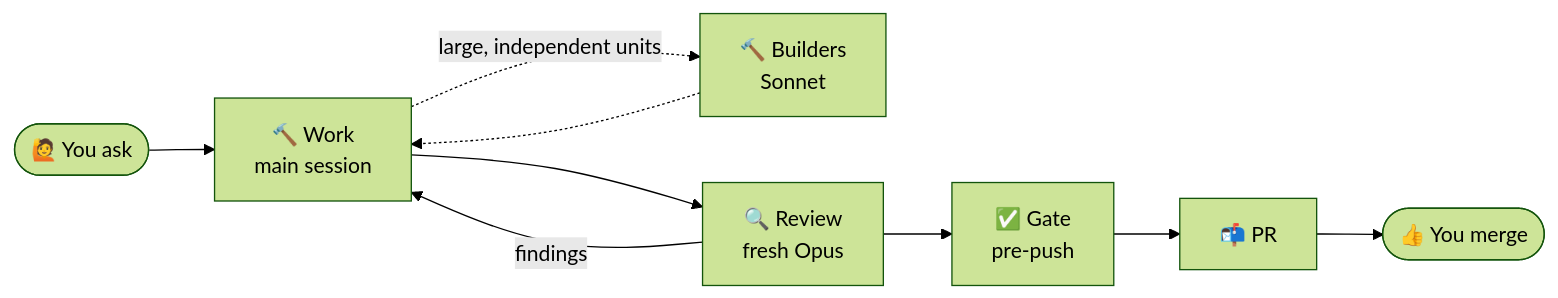
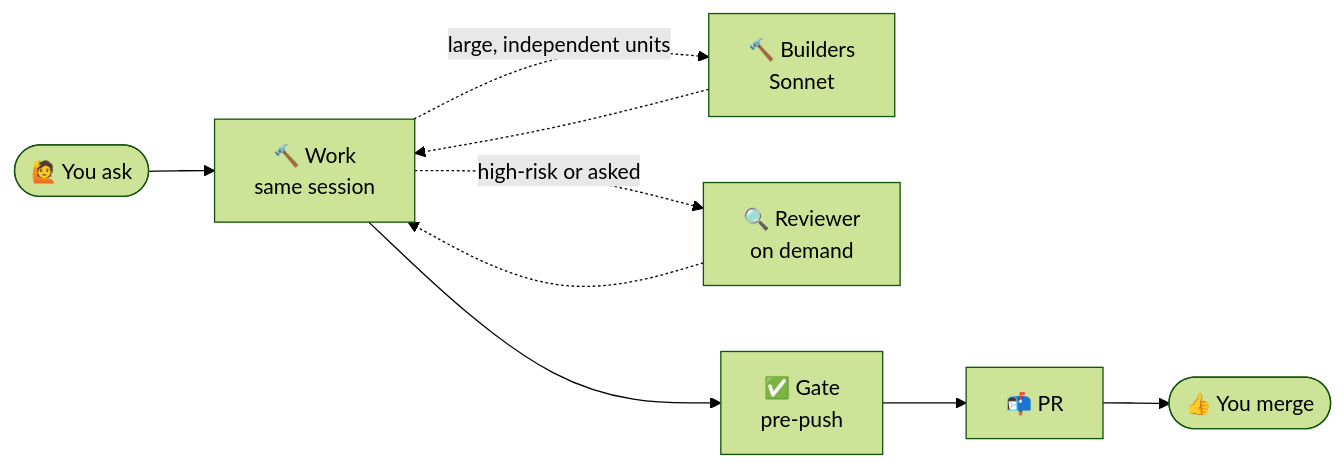
Before and after one commit to kolin-HJ/Kolin-Skills: the second of 2 diagrams in README.md, drawn with Mermaid (forest theme). The commit also changed other lines of this file and 7 other files, not shown here.

First line of the commit message:
Prove PRs in the same session instead of a bolted-on reviewer

````diff
--- a/README.md
+++ b/README.md
@@ -55,11 +55,11 @@
 ```mermaid
 flowchart LR
-  ask([🙋 You ask]) --> work[🔨 Work<br/>main session]
+  ask([🙋 You ask]) --> work[🔨 Work<br/>same session]
   work -. large, independent units .-> build[🔨 Builders<br/>Sonnet]
   build -.-> work
-  work --> review[🔍 Review<br/>fresh Opus]
-  review -- findings --> work
-  review --> gate[✅ Gate<br/>pre-push]
+  work -. high-risk or asked .-> review[🔍 Reviewer<br/>on demand]
+  review -.-> work
+  work --> gate[✅ Gate<br/>pre-push]
   gate --> pr[📬 PR]
   pr --> merge([👍 You merge])
 ```
````
